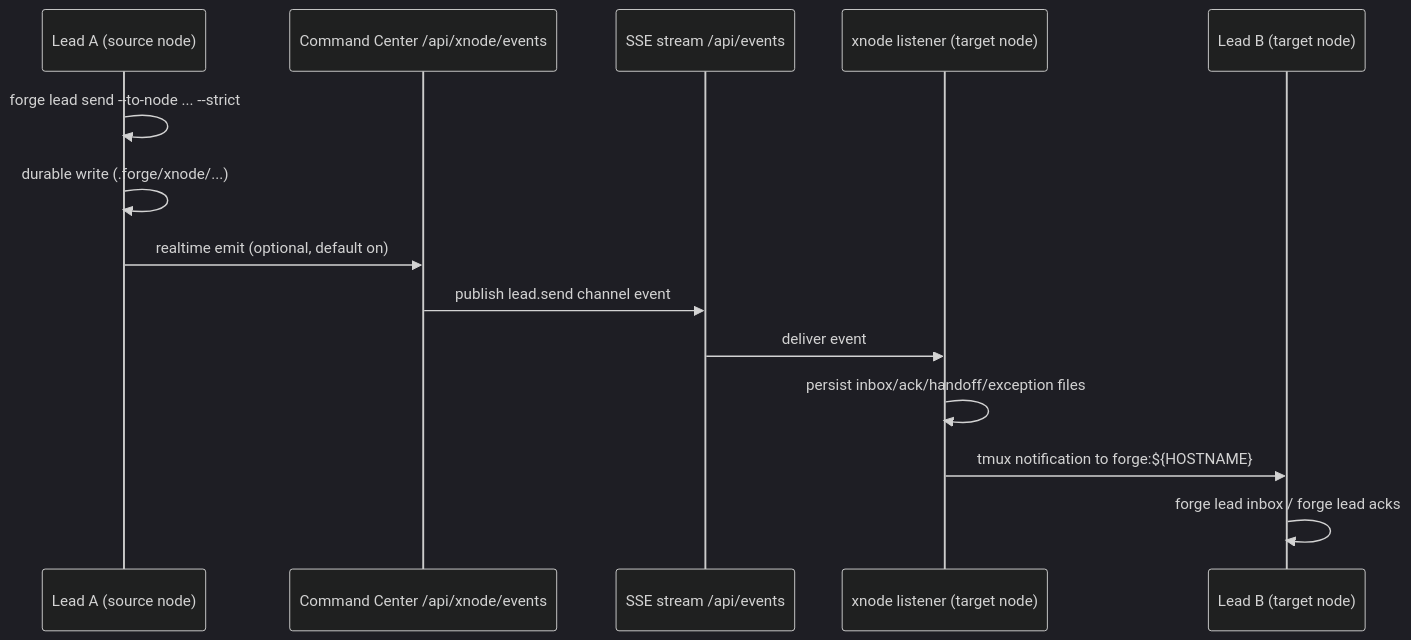
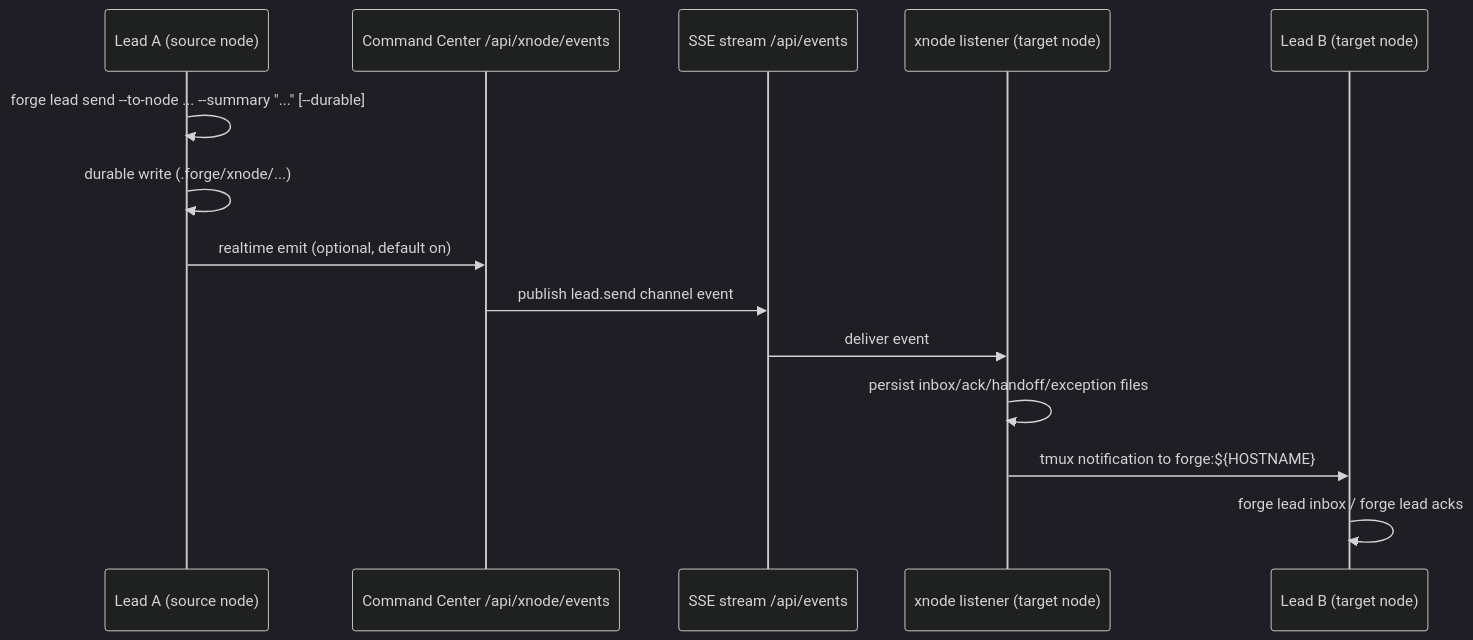
The second of 2 diagrams in docs/runbooks/CANONICAL_WORKFLOW.md (neoforge-dev/forge), drawn with Mermaid (dark theme) before and after one commit. The commit also changed other lines of this file and 791 other files, not shown here.

````diff
--- a/docs/runbooks/CANONICAL_WORKFLOW.md
+++ b/docs/runbooks/CANONICAL_WORKFLOW.md
@@ -60,17 +66,17 @@
 ```mermaid
 sequenceDiagram
   participant LeadA as Lead A (source node)
   participant CC as Command Center /api/xnode/events
   participant SSE as SSE stream /api/events
   participant XL as xnode listener (target node)
   participant LeadB as Lead B (target node)
 
-  LeadA->>LeadA: forge lead send --to-node ... --strict
+  LeadA->>LeadA: forge lead send --to-node ... --summary "..." [--durable]
   LeadA->>LeadA: durable write (.forge/xnode/...)
   LeadA->>CC: realtime emit (optional, default on)
   CC->>SSE: publish lead.send channel event
   SSE->>XL: deliver event
   XL->>XL: persist inbox/ack/handoff/exception files
   XL->>LeadB: tmux notification to forge:${HOSTNAME}
   LeadB->>LeadB: forge lead inbox / forge lead acks
 ```
````
